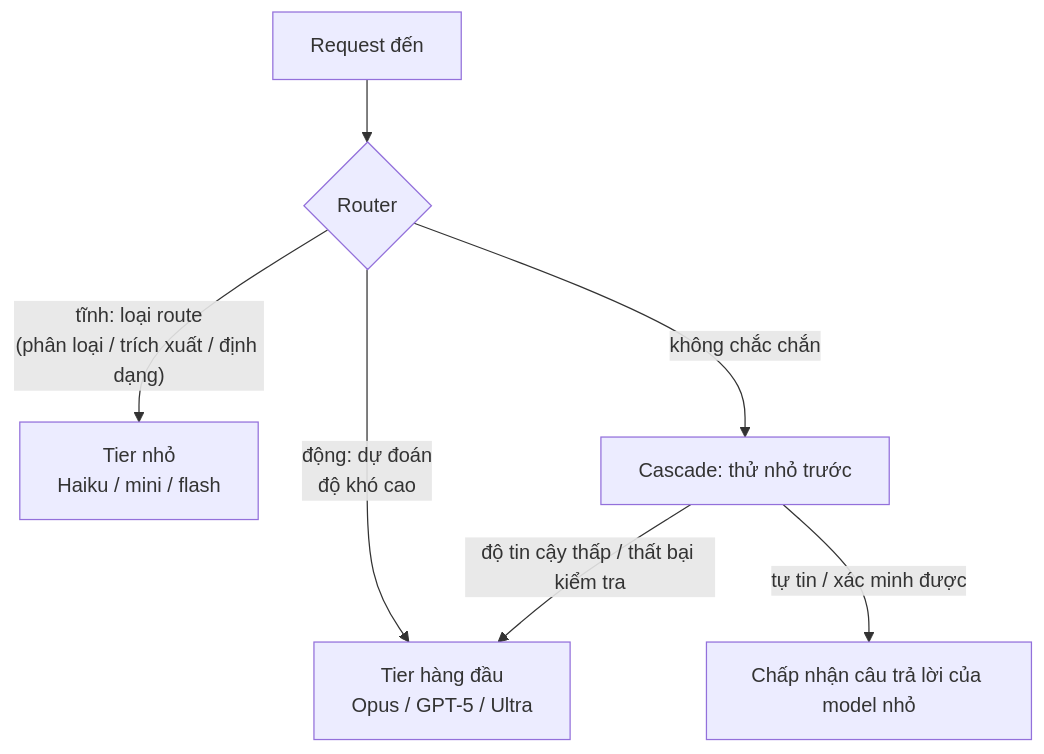
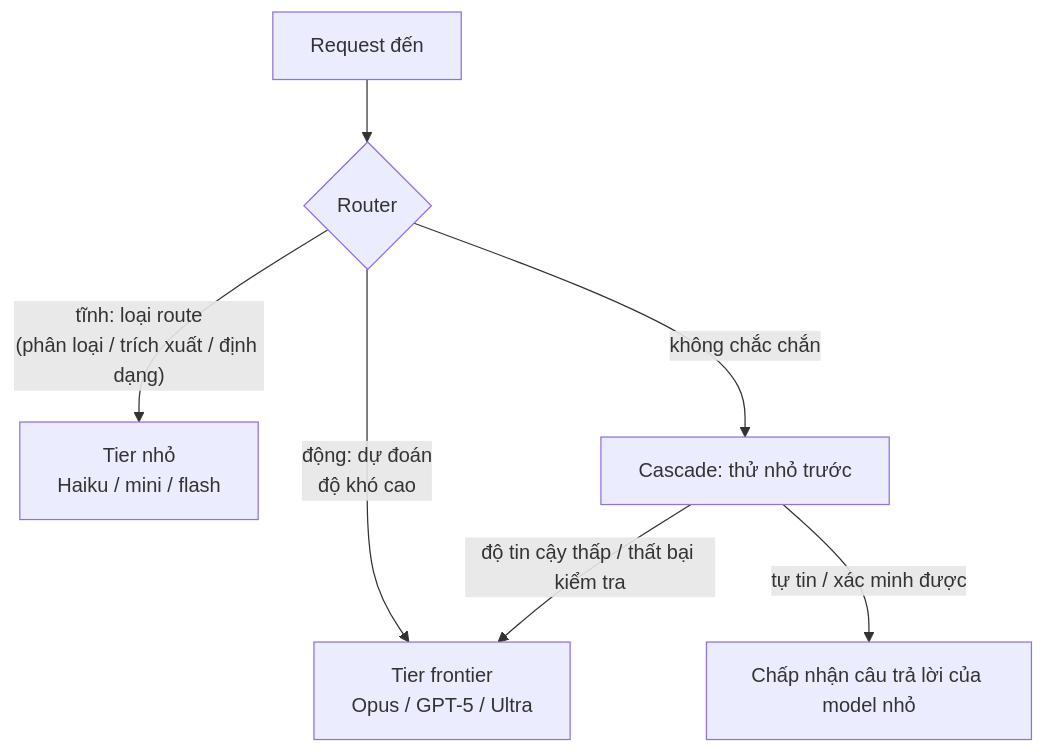
The first of 2 diagrams in solutions/model-routing.md (dungnm02/token-optimizer), drawn with Mermaid before and after one commit. The commit also changed other lines of this file and 25 other files, not shown here.

````diff
--- a/solutions/model-routing.md
+++ b/solutions/model-routing.md
@@ -14,9 +14,9 @@
 ```mermaid
 flowchart TD
     Q[Request đến] --> R{Router}
     R -->|"tĩnh: loại route<br/>(phân loại / trích xuất / định dạng)"| S[Tier nhỏ<br/>Haiku / mini / flash]
-    R -->|"động: dự đoán<br/>độ khó cao"| F[Tier hàng đầu<br/>Opus / GPT-5 / Ultra]
+    R -->|"động: dự đoán<br/>độ khó cao"| F[Tier frontier<br/>Opus / GPT-5 / Ultra]
     R -->|không chắc chắn| C[Cascade: thử nhỏ trước]
     C -->|tự tin / xác minh được| S2[Chấp nhận câu trả lời của model nhỏ]
     C -->|độ tin cậy thấp / thất bại kiểm tra| F
 ```
````
